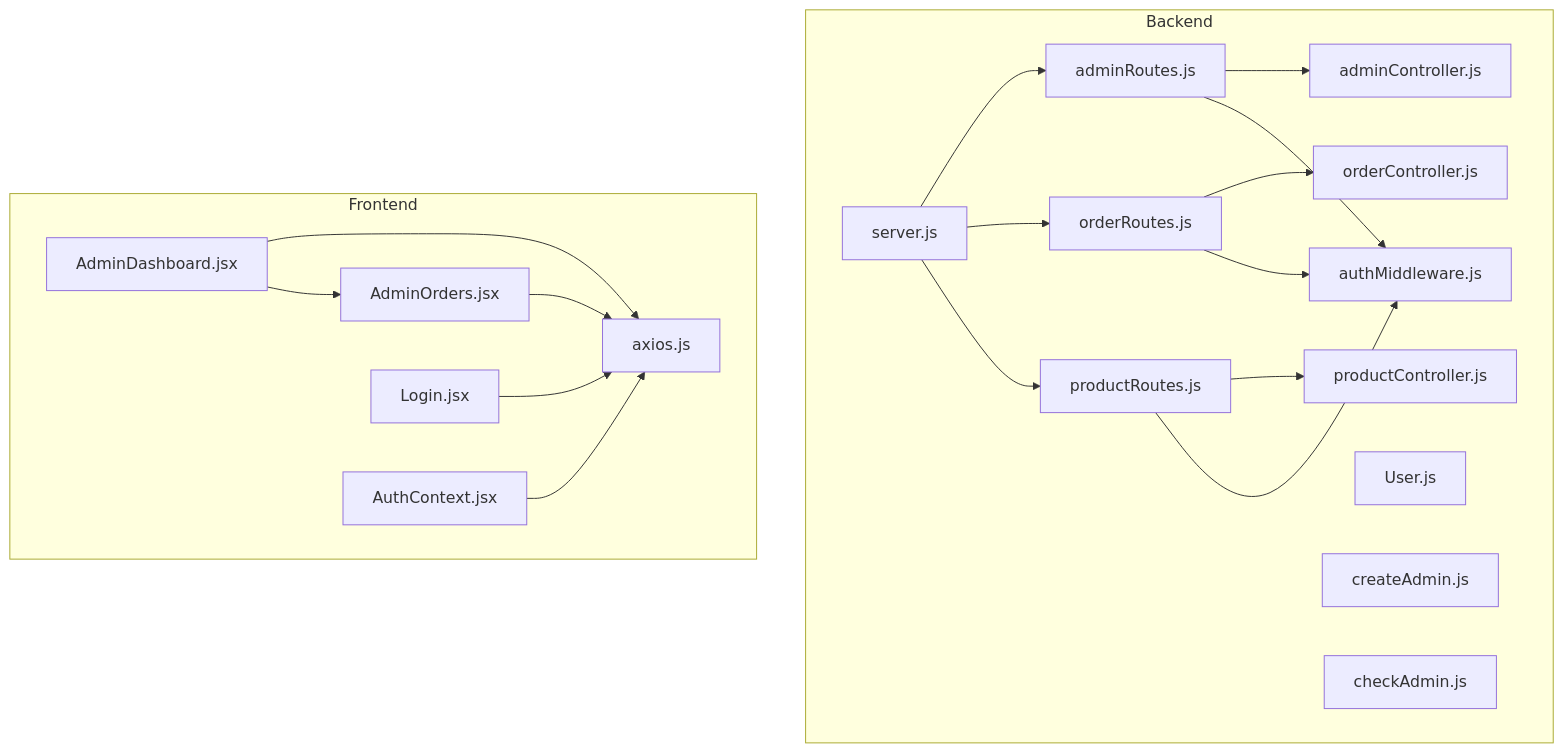
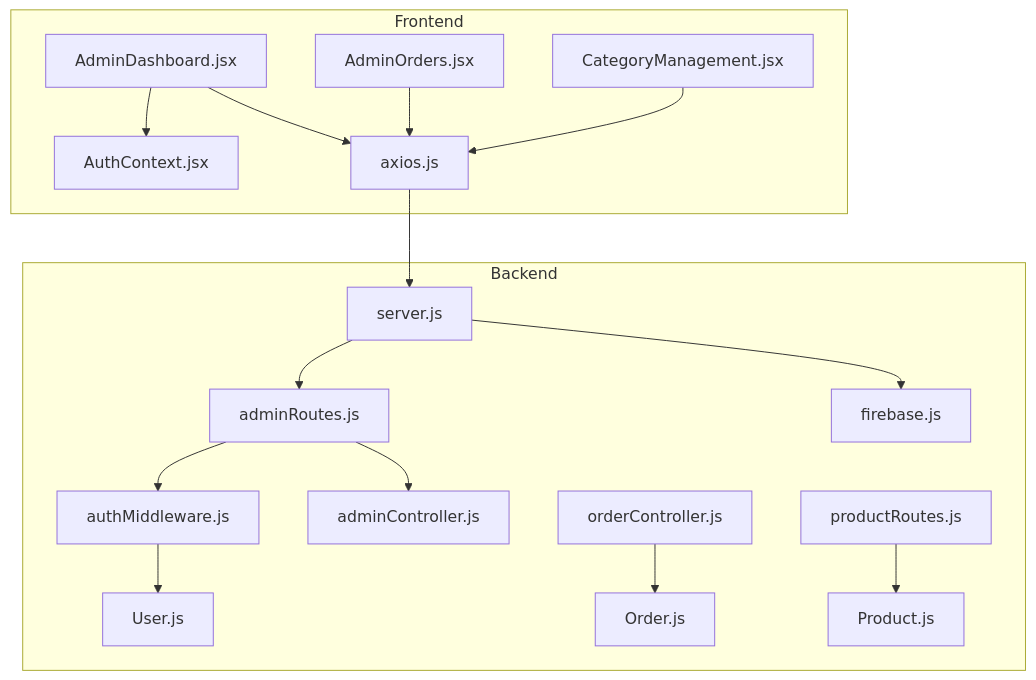
One commit to Pavan-PSPK9032/TrendsandToss changed the first of 8 diagrams in .qoder/repowiki/en/content/Admin Dashboard/Admin Dashboard.md. Above: the diagram before and after it, drawn with Mermaid. The commit also changed other lines of this file and 6 other files, not shown here.

````diff
--- a/.qoder/repowiki/en/content/Admin Dashboard/Admin Dashboard.md
+++ b/.qoder/repowiki/en/content/Admin Dashboard/Admin Dashboard.md
@@ -54,37 +42,34 @@
 ```mermaid
 graph TB
-subgraph "Backend"
-S["server.js"]
-AR["adminRoutes.js"]
-OR["orderRoutes.js"]
-PR["productRoutes.js"]
-AM["authMiddleware.js"]
-UC["User.js"]
-OC["orderController.js"]
-PC["productController.js"]
-AC["adminController.js"]
-CA["createAdmin.js"]
-CHK["checkAdmin.js"]
-end
 subgraph "Frontend"
 AD["AdminDashboard.jsx"]
 AO["AdminOrders.jsx"]
+CM["CategoryManagement.jsx"]
+AC["AuthContext.jsx"]
 AX["axios.js"]
-LC["Login.jsx"]
-ACX["AuthContext.jsx"]
 end
-S --> AR
-S --> OR
-S --> PR
-AR --> AC
-OR --> OC
-PR --> PC
-AR --> AM
-OR --> AM
-PR --> AM
-AD --> AO
+subgraph "Backend"
+SRV["server.js"]
+AR["adminRoutes.js"]
+AMW["authMiddleware.js"]
+ACtrl["adminController.js"]
+OC["orderController.js"]
+PR["productRoutes.js"]
+UM["User.js"]
+OM["Order.js"]
+PM["Product.js"]
+FB["firebase.js"]
+end
 AD --> AX
 AO --> AX
-LC --> AX
-ACX --> AX
+CM --> AX
+AD --> AC
+AX --> SRV
+SRV --> AR
+AR --> ACtrl
+AR --> AMW
+AMW --> UM
+OC --> OM
+PR --> PM
+SRV --> FB
 ```
````
